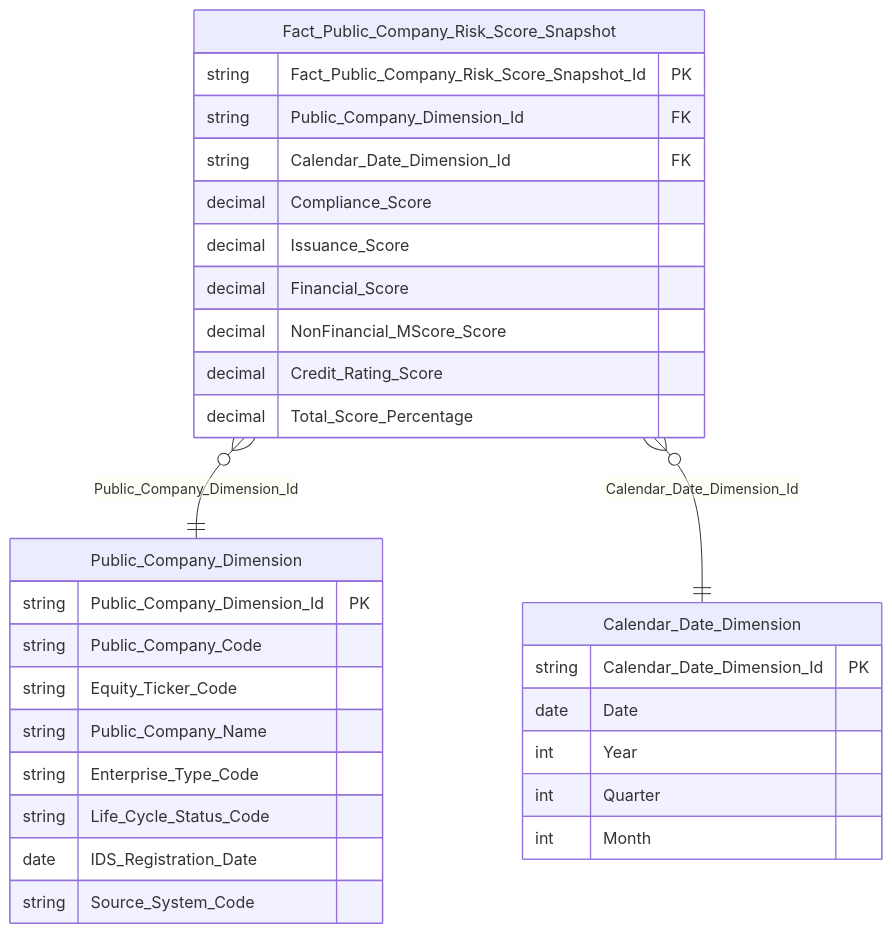
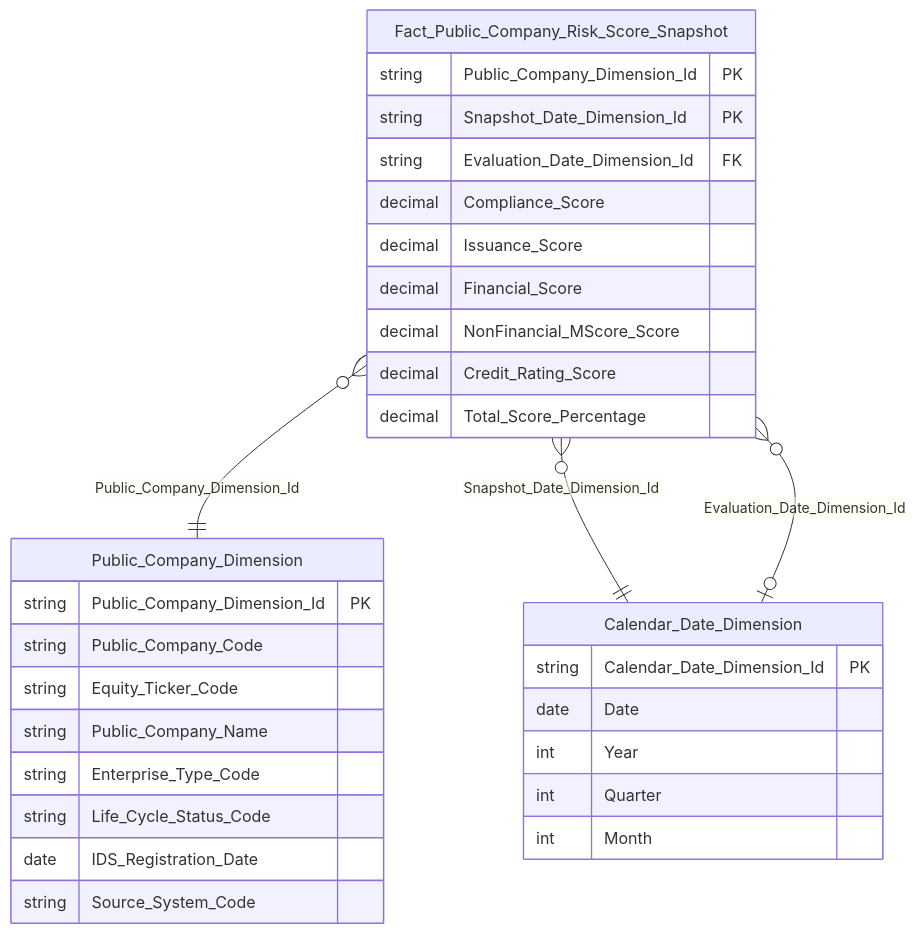
Before and after one commit to linhlvit/ubck_atomic_design: the ninth of 21 diagrams in Datamart/hld/DTM_GSDC_HLD.md, drawn with Mermaid. The commit also changed other lines of this file and 70 other files, not shown here.

````diff
--- a/Datamart/hld/DTM_GSDC_HLD.md
+++ b/Datamart/hld/DTM_GSDC_HLD.md
@@ -342,36 +342,37 @@
 ```mermaid
 erDiagram
     Fact_Public_Company_Risk_Score_Snapshot {
-        string Fact_Public_Company_Risk_Score_Snapshot_Id PK
-        string Public_Company_Dimension_Id FK
-        string Calendar_Date_Dimension_Id FK
+        string Public_Company_Dimension_Id PK
+        string Snapshot_Date_Dimension_Id PK
+        string Evaluation_Date_Dimension_Id FK
         decimal Compliance_Score
         decimal Issuance_Score
         decimal Financial_Score
         decimal NonFinancial_MScore_Score
         decimal Credit_Rating_Score
         decimal Total_Score_Percentage
     }
 
     Public_Company_Dimension {
         string Public_Company_Dimension_Id PK
         string Public_Company_Code
         string Equity_Ticker_Code
         string Public_Company_Name
         string Enterprise_Type_Code
         string Life_Cycle_Status_Code
         date IDS_Registration_Date
         string Source_System_Code
     }
 
     Calendar_Date_Dimension {
         string Calendar_Date_Dimension_Id PK
         date Date
         int Year
         int Quarter
         int Month
     }
 
     Fact_Public_Company_Risk_Score_Snapshot }o--|| Public_Company_Dimension : "Public_Company_Dimension_Id"
-    Fact_Public_Company_Risk_Score_Snapshot }o--|| Calendar_Date_Dimension : "Calendar_Date_Dimension_Id"
+    Fact_Public_Company_Risk_Score_Snapshot }o--|| Calendar_Date_Dimension : "Snapshot_Date_Dimension_Id"
+    Fact_Public_Company_Risk_Score_Snapshot }o--o| Calendar_Date_Dimension : "Evaluation_Date_Dimension_Id"
 ```
````
